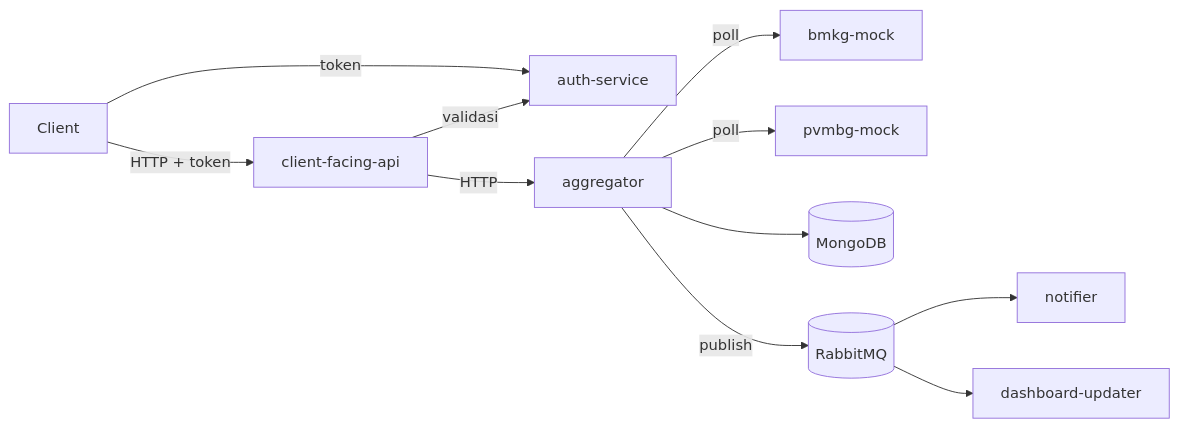
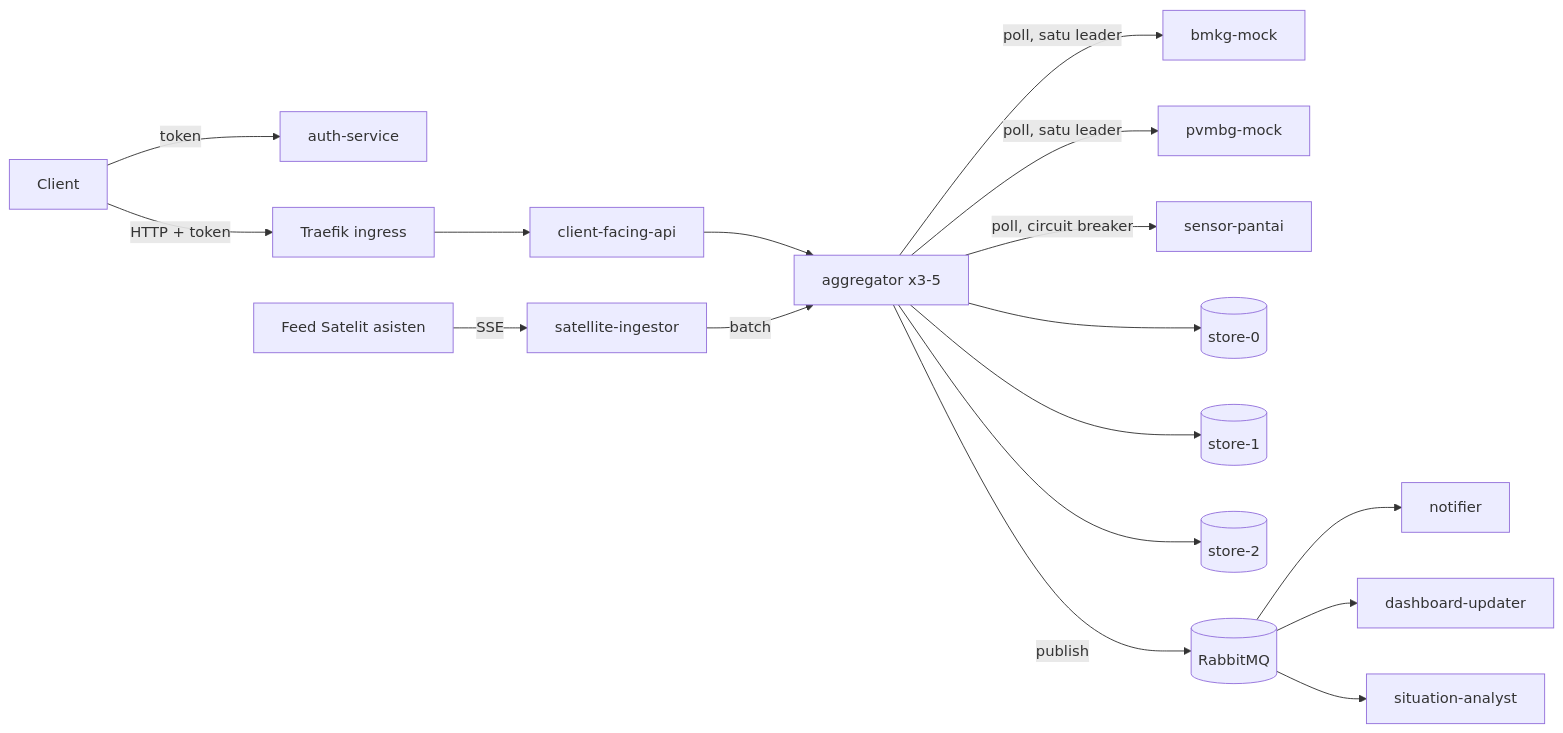
One commit to KennethhPoenadi/IF4031_chisli1 changed the diagram in README.md. Above: the diagram before and after it, drawn with Mermaid. The commit also changed other lines of this file and 1 other file, not shown here.

Commit message:
README for Milestone 2: architecture, topology, deploy, configuration, test scenarios, evidence; run_evidence covers P1-P5

````diff
--- a/README.md
+++ b/README.md
@@ -9,13 +18,13 @@
 ```mermaid
 flowchart LR
     Client -->|token| Auth[auth-service]
-    Client -->|HTTP + token| API[client-facing-api]
-    API -->|validasi| Auth
-    API -->|HTTP| Agg[aggregator]
-    Agg -->|poll| BMKG[bmkg-mock]
-    Agg -->|poll| PVMBG[pvmbg-mock]
-    Agg --> Mongo[(MongoDB)]
+    Client -->|HTTP + token| Traefik[Traefik ingress] --> API[client-facing-api]
+    API --> Agg[aggregator x3-5]
+    Agg -->|poll, satu leader| BMKG[bmkg-mock]
+    Agg -->|poll, satu leader| PVMBG[pvmbg-mock]
+    Agg -->|poll, circuit breaker| Sensor[sensor-pantai]
+    Feed[Feed Satelit asisten] -->|SSE| Ingestor[satellite-ingestor] -->|batch| Agg
+    Agg --> S0[(store-0)] & S1[(store-1)] & S2[(store-2)]
     Agg -->|publish| Rabbit[(RabbitMQ)]
-    Rabbit --> Notifier[notifier]
-    Rabbit --> Dashboard[dashboard-updater]
+    Rabbit --> Notifier[notifier] & Dashboard[dashboard-updater] & Analyst[situation-analyst]
 ```
````
